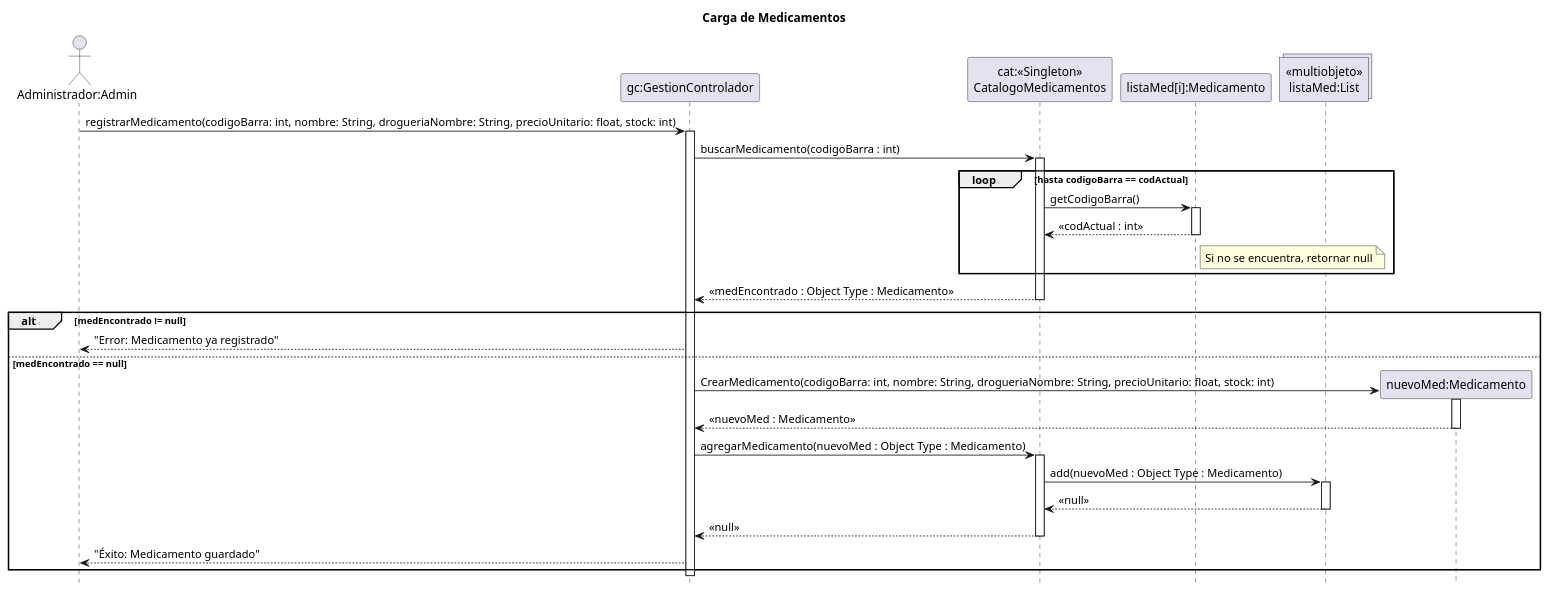
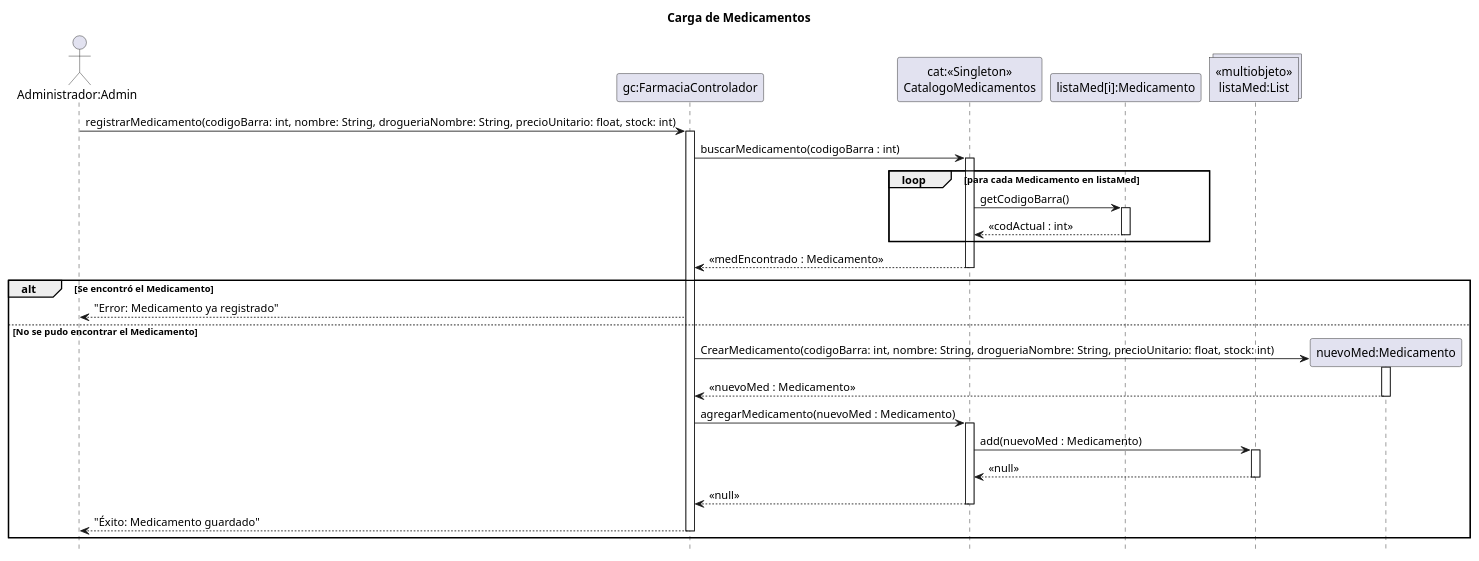
One commit to zEzequR/PF-I changed the diagram in 08 - Diagramas de Secuencia de Diseño/CargaMedicamentos/CargaMedicamentos.puml. Above: the diagram before and after it, drawn with PlantUML. The commit also changed 40 other files, not shown here.

```diff
--- a/08 - Diagramas de Secuencia de Diseño/CargaMedicamentos/CargaMedicamentos.puml
+++ b/08 - Diagramas de Secuencia de Diseño/CargaMedicamentos/CargaMedicamentos.puml
@@ -1,58 +1,55 @@
 @startuml
 title Carga de Medicamentos
 
 hide footbox
 
 actor "Administrador:Admin" as admin
-participant "gc:GestionControlador" as ctrl
+participant "gc:FarmaciaControlador" as ctrl
 participant "cat:<<Singleton>>\nCatalogoMedicamentos" as cat
 participant "listaMed[i]:Medicamento" as med_actual
 collections "<<multiobjeto>>\nlistaMed:List" as lista_med
 
 admin -> ctrl : registrarMedicamento(codigoBarra: int, nombre: String, drogueriaNombre: String, precioUnitario: float, stock: int)
 activate ctrl
 
 ctrl -> cat : buscarMedicamento(codigoBarra : int)
 activate cat
 
-loop hasta codigoBarra == codActual
+loop para cada Medicamento en listaMed
     cat -> med_actual : getCodigoBarra()
     activate med_actual
     med_actual --> cat : <<codActual : int>>
     
-    note right of med_actual : Si no se encuentra, retornar null
-    
     deactivate med_actual
 end
 
-cat --> ctrl : <<medEncontrado : Object Type : Medicamento>>
+cat --> ctrl : <<medEncontrado : Medicamento>>
 deactivate cat
 
-alt medEncontrado != null
+alt Se encontró el Medicamento
     
     ctrl --> admin : "Error: Medicamento ya registrado"
 
-else medEncontrado == null
+else No se pudo encontrar el Medicamento
     
     create participant "nuevoMed:Medicamento" as nuevo_med
     ctrl -> nuevo_med : CrearMedicamento(codigoBarra: int, nombre: String, drogueriaNombre: String, precioUnitario: float, stock: int)
     activate nuevo_med
     nuevo_med --> ctrl : <<nuevoMed : Medicamento>>
     deactivate nuevo_med
 
-    ctrl -> cat : agregarMedicamento(nuevoMed : Object Type : Medicamento)
+    ctrl -> cat : agregarMedicamento(nuevoMed : Medicamento)
     activate cat
     
-    cat -> lista_med : add(nuevoMed : Object Type : Medicamento)
+    cat -> lista_med : add(nuevoMed : Medicamento)
     activate lista_med
     lista_med --> cat : <<null>>
     deactivate lista_med
     
     cat --> ctrl : <<null>>
     deactivate cat
     
     ctrl --> admin : "Éxito: Medicamento guardado"
+    deactivate ctrl
 end
-
-deactivate ctrl
 @enduml
```
